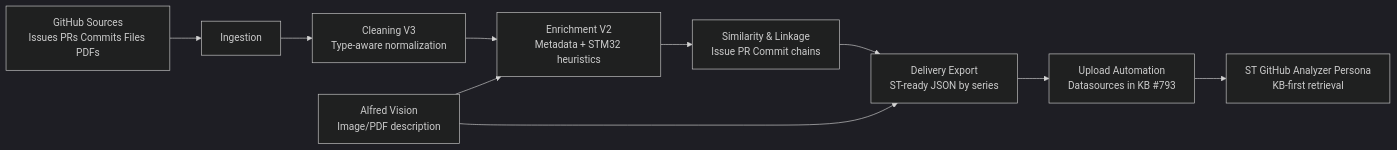
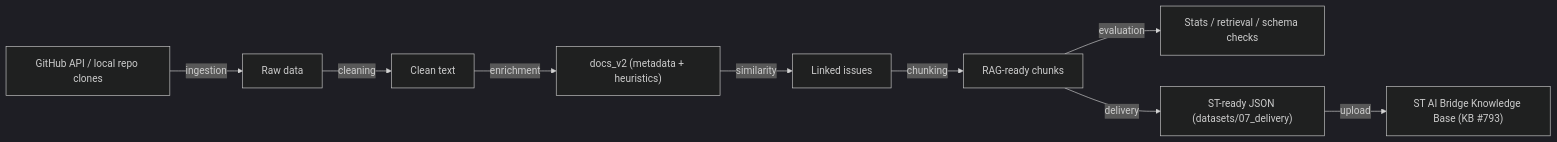
Before and after one commit to ALABSTM/stm32cube-gh-kb-pipeline: the diagram in README.md, drawn with Mermaid (dark theme). The commit also changed other lines of this file and 4 other files, not shown here.

````diff
--- a/README.md
+++ b/README.md
@@ -26,13 +15,11 @@
 ```mermaid
 flowchart LR
-    A[GitHub Sources<br/>Issues PRs Commits Files PDFs] --> B[Ingestion]
-    B --> C[Cleaning V3<br/>Type-aware normalization]
-    C --> D[Enrichment V2<br/>Metadata + STM32 heuristics]
-    D --> E[Similarity & Linkage<br/>Issue PR Commit chains]
-    E --> F[Delivery Export<br/>ST-ready JSON by series]
-    F --> G[Upload Automation<br/>Datasources in KB #793]
-    G --> H[ST GitHub Analyzer Persona<br/>KB-first retrieval]
-
-    I[Alfred Vision<br/>Image/PDF description] --> D
-    I --> F
+    A[GitHub API / local repo clones] -->|ingestion| B[Raw data]
+    B -->|cleaning| C[Clean text]
+    C -->|enrichment| D["docs_v2 (metadata + heuristics)"]
+    D -->|similarity| E[Linked issues]
+    E -->|chunking| F[RAG-ready chunks]
+    F -->|evaluation| G[Stats / retrieval / schema checks]
+    F -->|delivery| H["ST-ready JSON (datasets/07_delivery)"]
+    H -->|upload| I["ST AI Bridge Knowledge Base (KB #793)"]
 ```
````
